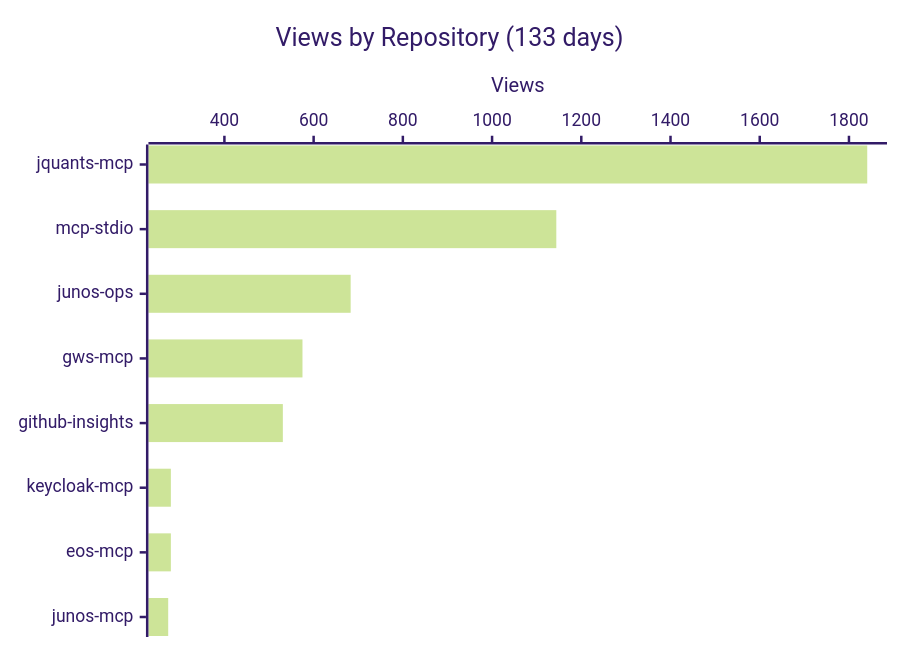
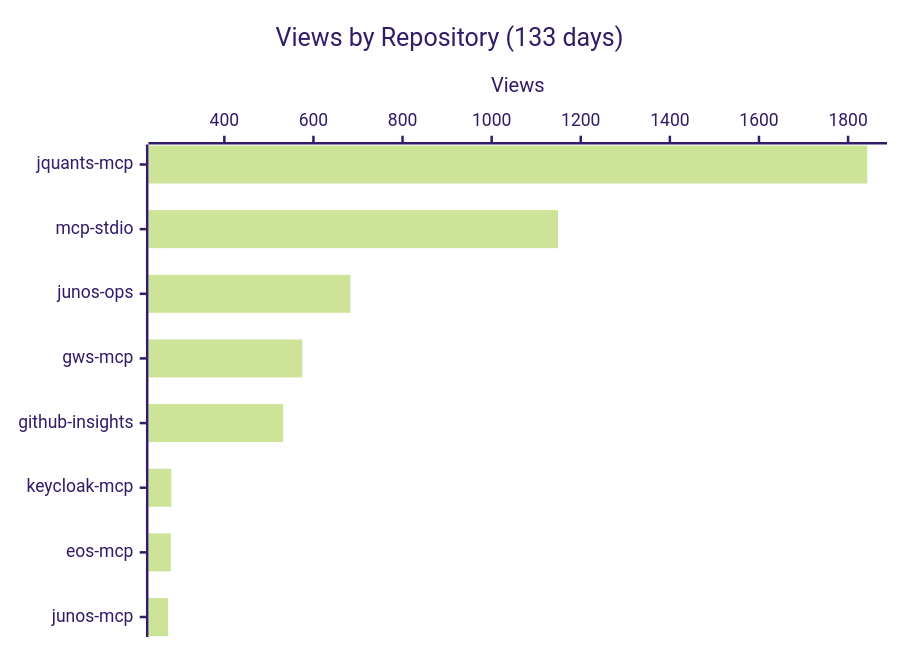
Before and after one commit to shigechika/github-insights: the first of 4 diagrams in README.md, drawn with Mermaid (forest theme). The commit also changed other lines of this file and 2 other files, not shown here.

````diff
--- a/README.md
+++ b/README.md
@@ -18,7 +18,7 @@
 ```mermaid
 xychart-beta horizontal
     title "Views by Repository (133 days)"
     x-axis ["jquants-mcp", "mcp-stdio", "junos-ops", "gws-mcp", "github-insights", "keycloak-mcp", "eos-mcp", "junos-mcp"]
     y-axis "Views"
-    bar [1841, 1144, 683, 575, 531, 280, 280, 274]
+    bar [1843, 1149, 683, 575, 532, 281, 280, 274]
 ```
````
